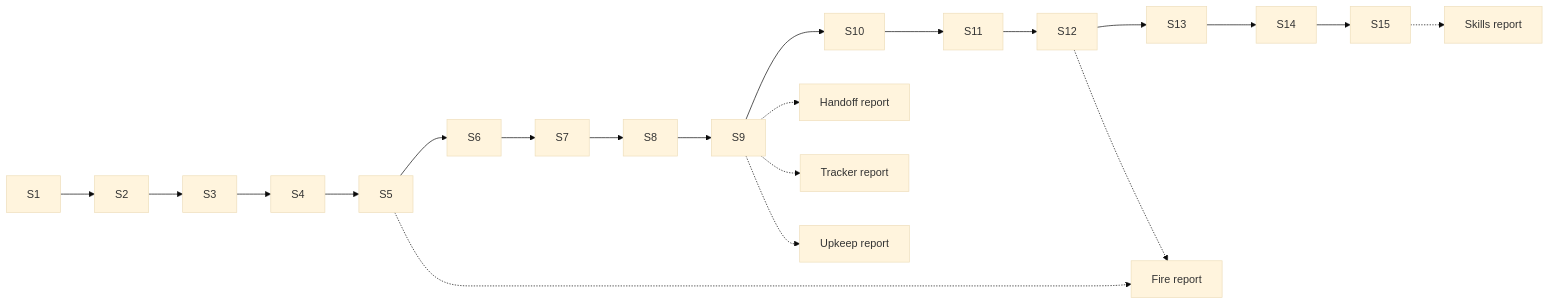
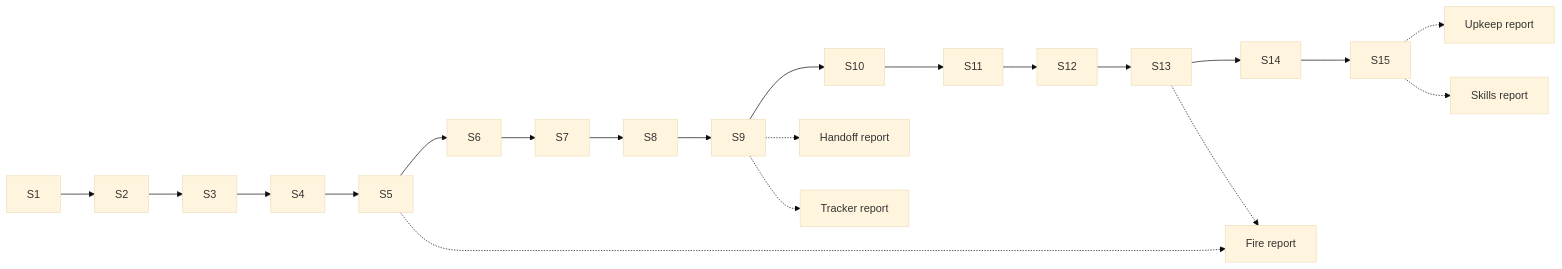
One commit to Calyx-Engineering/arc changed the diagram in docs/arc-work/04-dogfood/playlist.md. Above: the diagram before and after it, drawn with Mermaid (base theme). The commit also changed other lines of this file and 4 other files, not shown here.

````diff
--- a/docs/arc-work/04-dogfood/playlist.md
+++ b/docs/arc-work/04-dogfood/playlist.md
@@ -137,10 +148,10 @@
 ```mermaid
 flowchart LR
   S1 --> S2 --> S3 --> S4 --> S5 --> S6 --> S7 --> S8 --> S9 --> S10 --> S11 --> S12 --> S13 --> S14 --> S15
   S5 -.-> RF["Fire report"]
-  S12 -.-> RF
+  S13 -.-> RF
   S9 -.-> RH["Handoff report"]
   S9 -.-> RT["Tracker report"]
-  S9 -.-> RU["Upkeep report"]
+  S15 -.-> RU["Upkeep report"]
   S15 -.-> RK["Skills report"]
 ```
````
